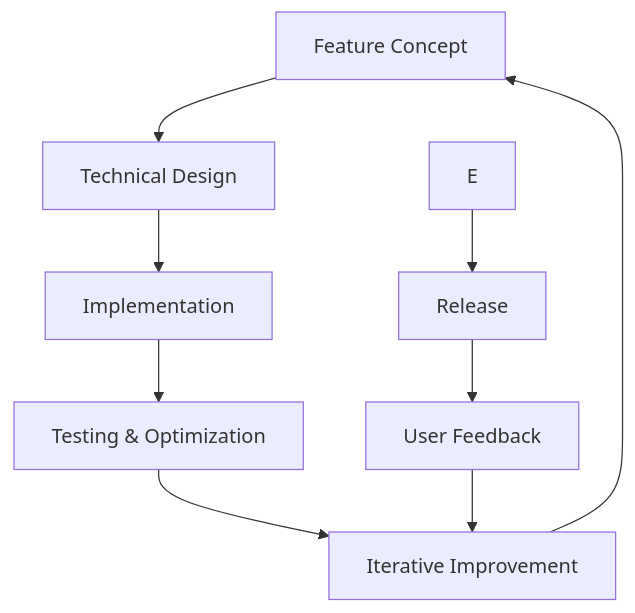
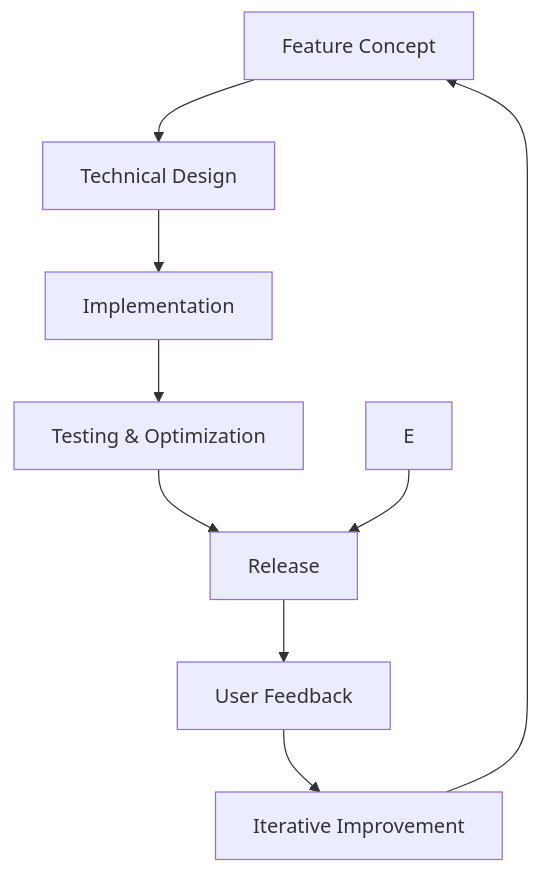
The diagram in profile/README.md (Silqo-Team/.github), drawn with Mermaid before and after one commit.

````diff
--- a/profile/README.md
+++ b/profile/README.md
@@ -32,11 +32,11 @@
 ```mermaid
 graph TD
     A[Feature Concept] --> B[Technical Design]
     B --> C[Implementation]
     C --> D[Testing & Optimization]
-    D --> H[Update]
+    D --> F[Update]
     E --> F[Release]
     F --> G[User Feedback]
     G --> H[Iterative Improvement]
     H --> A
 ```
````
